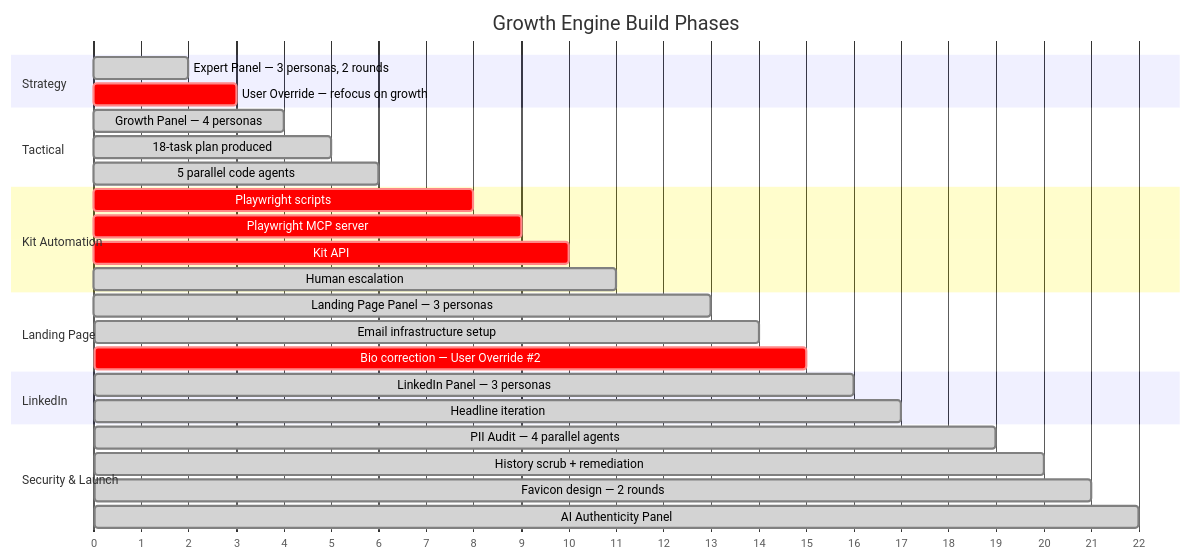
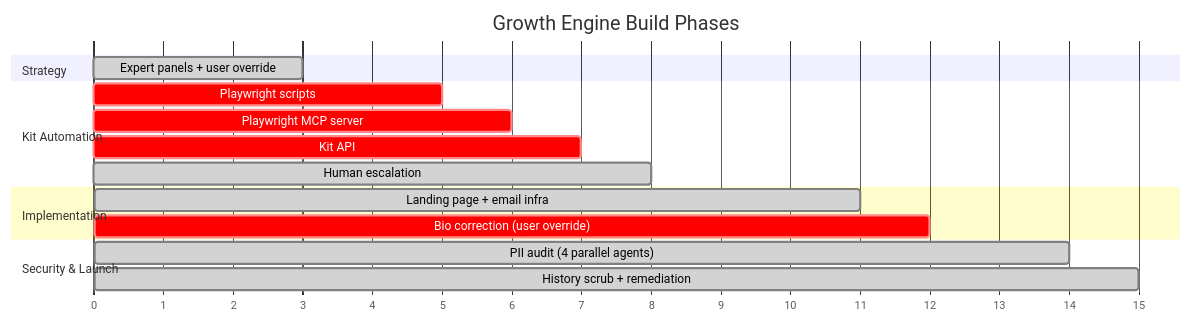
One commit to danielmeppiel/agentic-sdlc-handbook changed the first of 3 diagrams in case-study-growth-engine.qmd. Above: the diagram before and after it, drawn with Mermaid. The commit also changed other lines of this file and 5 other files, not shown here.

Commit message:
Panel review: fix case studies (14 action items, 2 rounds)

````diff
--- a/case-study-growth-engine.qmd
+++ b/case-study-growth-engine.qmd
@@ -97,37 +29,24 @@
 ```{mermaid}
 %%| fig-width: 4.5
 gantt
     title Growth Engine Build Phases
     dateFormat X
     axisFormat %s
 
     section Strategy
-    Expert Panel — 3 personas, 2 rounds     :done, s1, 0, 2
-    User Override — refocus on growth        :crit, s2, 2, 3
-
-    section Tactical
-    Growth Panel — 4 personas               :done, t1, 3, 4
-    18-task plan produced                    :done, t2, 4, 5
-    5 parallel code agents                   :done, t3, 5, 6
+    Expert panels + user override    :done, s1, 0, 3
 
     section Kit Automation
-    Playwright scripts                       :crit, k1, 6, 8
-    Playwright MCP server                    :crit, k2, 8, 9
-    Kit API                                  :crit, k3, 9, 10
-    Human escalation                         :done, k4, 10, 11
+    Playwright scripts               :crit, k1, 3, 5
+    Playwright MCP server            :crit, k2, 5, 6
+    Kit API                          :crit, k3, 6, 7
+    Human escalation                 :done, k4, 7, 8
 
-    section Landing Page
-    Landing Page Panel — 3 personas          :done, l1, 11, 13
-    Email infrastructure setup               :done, l2, 13, 14
-    Bio correction — User Override #2        :crit, l3, 14, 15
-
-    section LinkedIn
-    LinkedIn Panel — 3 personas              :done, li1, 15, 16
-    Headline iteration                       :done, li2, 16, 17
+    section Implementation
+    Landing page + email infra       :done, l1, 8, 11
+    Bio correction (user override)   :crit, l2, 11, 12
 
     section Security & Launch
-    PII Audit — 4 parallel agents            :done, a1, 17, 19
-    History scrub + remediation              :done, a2, 19, 20
-    Favicon design — 2 rounds               :done, a3, 20, 21
-    AI Authenticity Panel                    :done, a4, 21, 22
+    PII audit (4 parallel agents)    :done, a1, 12, 14
+    History scrub + remediation      :done, a2, 14, 15
 ```
````
